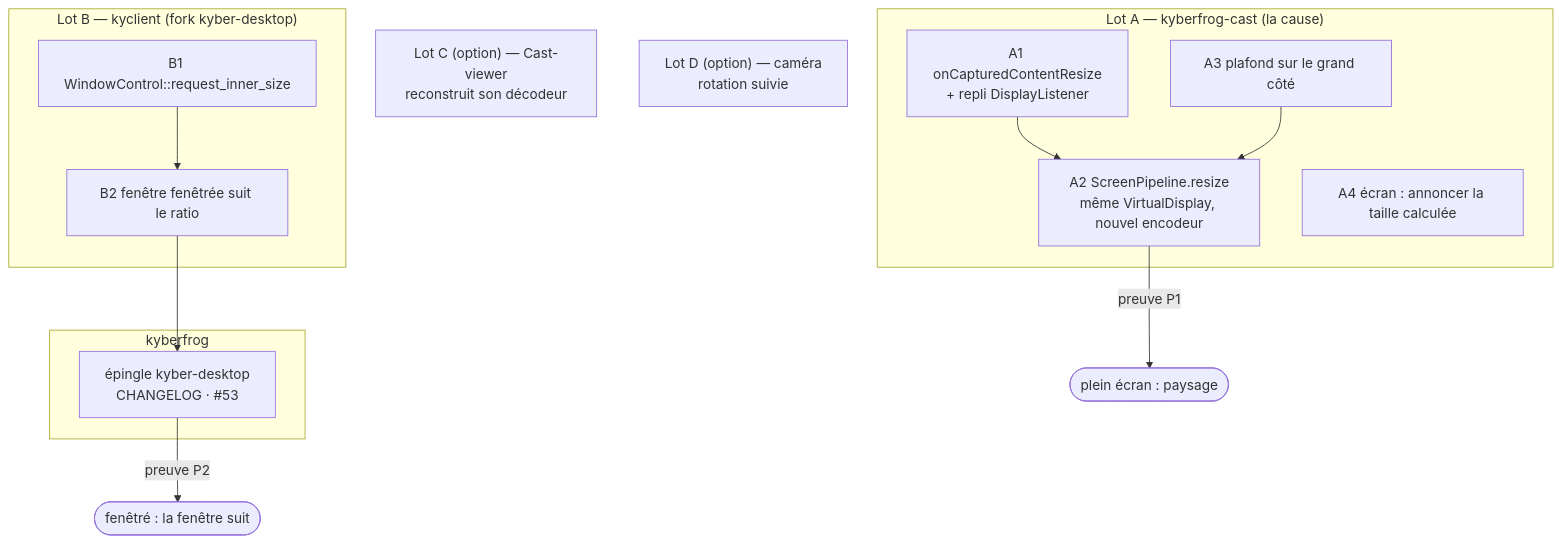
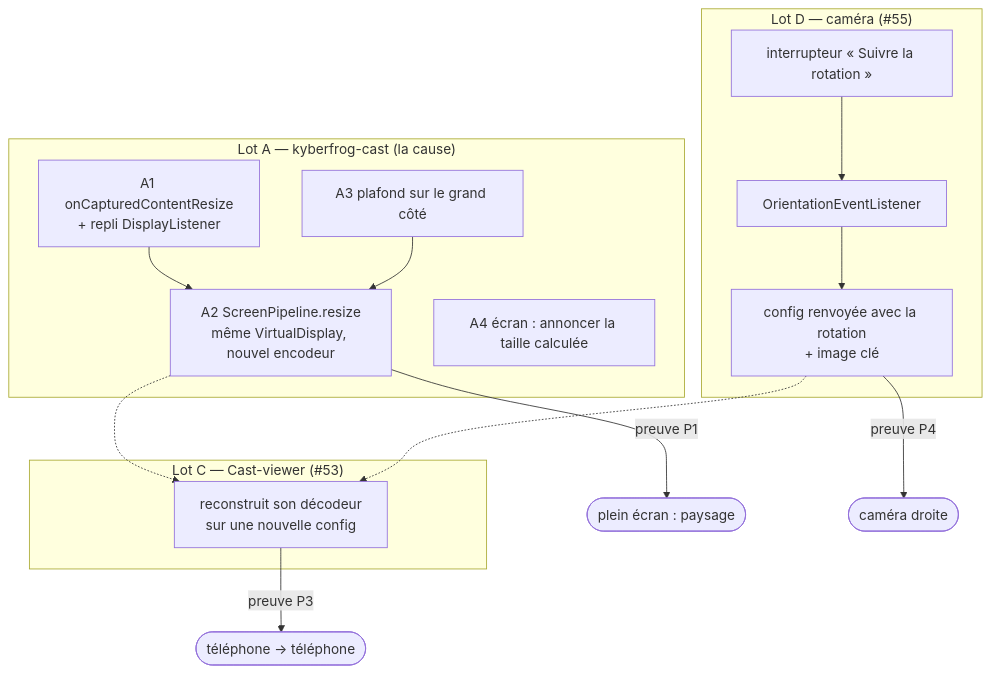
One commit to CollectiFrog/KyberFrog changed the second of 2 diagrams in docs/dev/plan-cast-rotation.md. Above: the diagram before and after it, drawn with Mermaid. The commit also changed other lines of this file and 1 other file, not shown here.

First line of the commit message:
docs(backlog): #53 and #55 coded in kyberfrog-cast, windowed viewer left to the user

````diff
--- a/docs/dev/plan-cast-rotation.md
+++ b/docs/dev/plan-cast-rotation.md
@@ -135,18 +140,20 @@
 ```mermaid
 flowchart TB
   subgraph A["Lot A — kyberfrog-cast (la cause)"]
     A1["A1 onCapturedContentResize<br/>+ repli DisplayListener"] --> A2["A2 ScreenPipeline.resize<br/>même VirtualDisplay, nouvel encodeur"]
     A3["A3 plafond sur le grand côté"] --> A2
     A4["A4 écran : annoncer la taille calculée"]
   end
-  subgraph B["Lot B — kyclient (fork kyber-desktop)"]
-    B1["B1 WindowControl::request_inner_size"] --> B2["B2 fenêtre fenêtrée suit le ratio"]
+  subgraph C["Lot C — Cast-viewer (#53)"]
+    C1["reconstruit son décodeur<br/>sur une nouvelle config"]
   end
-  subgraph K["kyberfrog"]
-    K1["épingle kyber-desktop<br/>CHANGELOG · #53"]
+  subgraph D["Lot D — caméra (#55)"]
+    D1["OrientationEventListener"] --> D2["config renvoyée avec la rotation<br/>+ image clé"]
+    D3["interrupteur « Suivre la rotation »"] --> D1
   end
   A2 -->|preuve P1| DoneFS(["plein écran : paysage"])
-  B2 --> K1 -->|preuve P2| DoneWin(["fenêtré : la fenêtre suit"])
-  C["Lot C (option) — Cast-viewer<br/>reconstruit son décodeur"]
-  D["Lot D (option) — caméra<br/>rotation suivie"]
+  C1 -->|preuve P3| DoneC(["téléphone → téléphone"])
+  D2 -->|preuve P4| DoneD(["caméra droite"])
+  A2 -.-> C1
+  D2 -.-> C1
 ```
````
